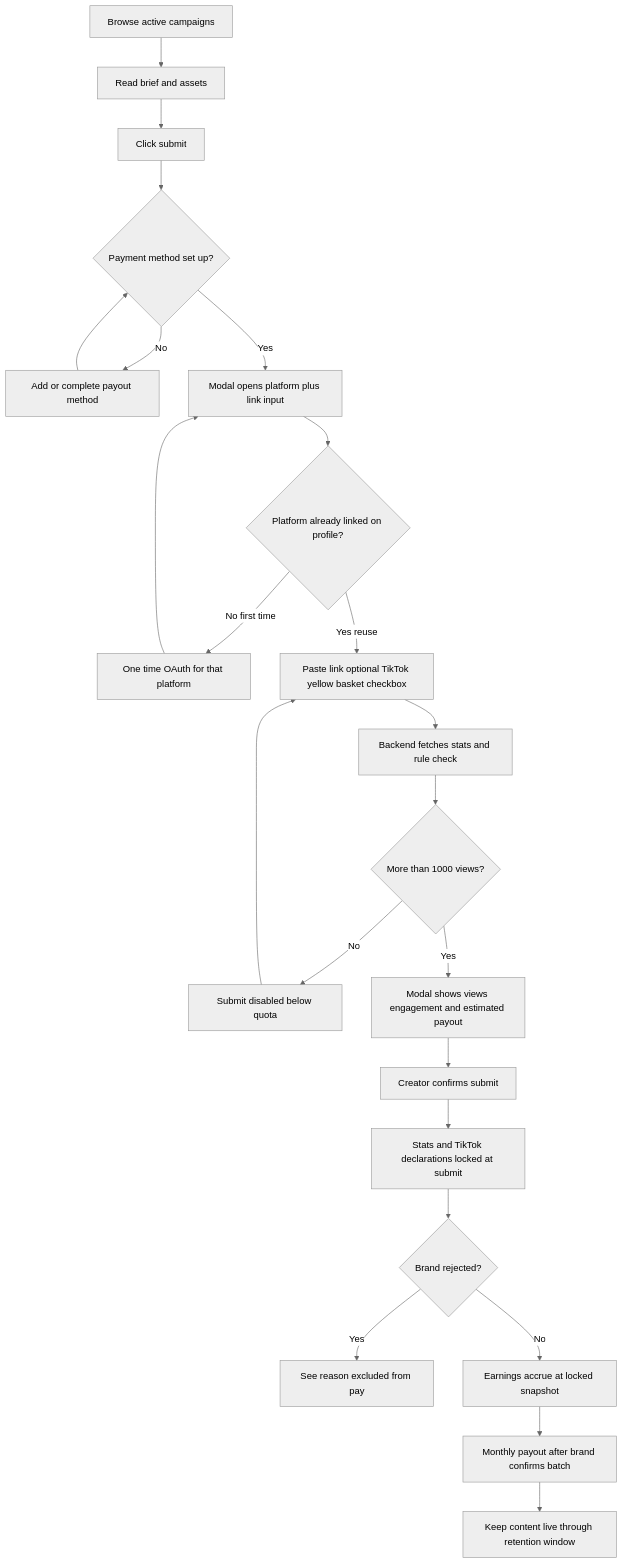
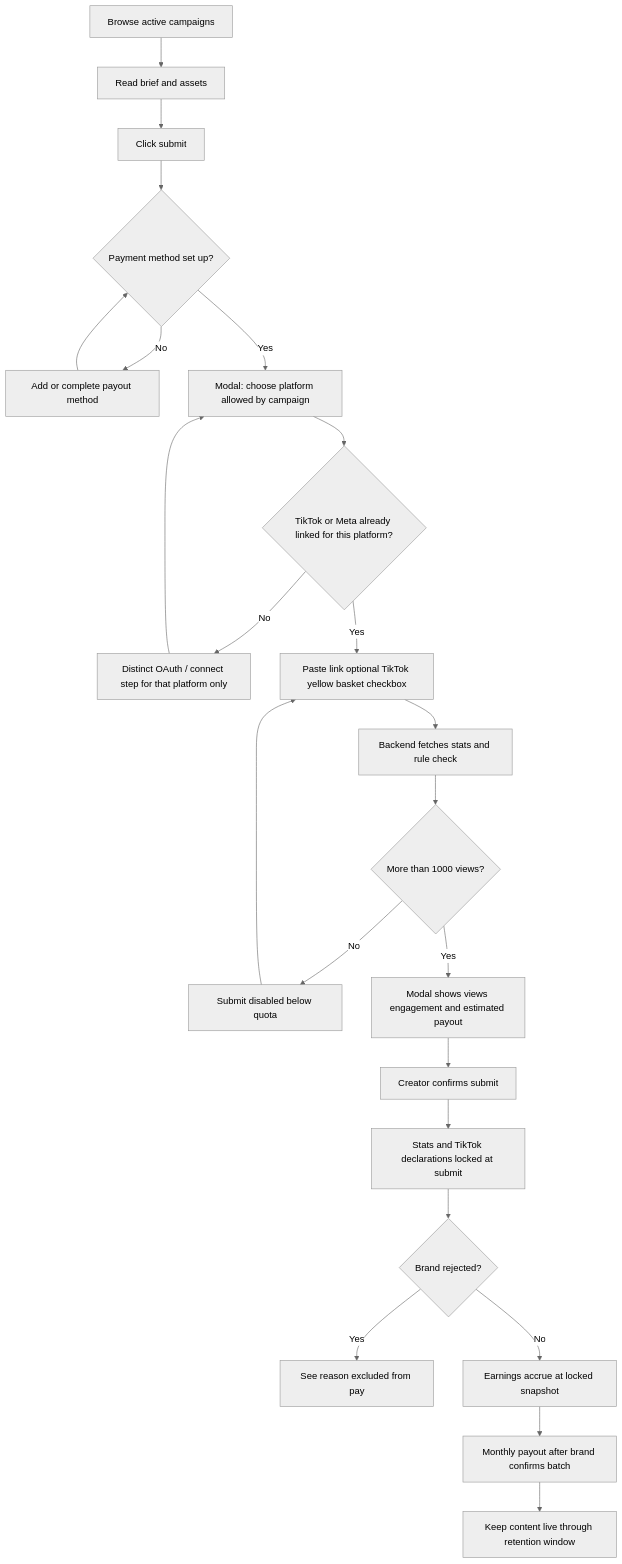
The first of 3 diagrams in docs/03-creator-flow.md (Dustin0829/LAC), drawn with Mermaid (neutral theme) before and after one commit. The commit also changed other lines of this file and 30 other files, not shown here.

````diff
--- a/docs/03-creator-flow.md
+++ b/docs/03-creator-flow.md
@@ -17,25 +19,25 @@
 ```mermaid
 flowchart TD
   A[Browse active campaigns] --> B[Read brief and assets]
   B --> C[Click submit]
   C --> pay{Payment method set up?}
   pay -->|No| setup[Add or complete payout method]
   setup --> pay
-  pay -->|Yes| M[Modal opens platform plus link input]
-  M --> need{Platform already linked on profile?}
-  need -->|No first time| Z[One time OAuth for that platform]
+  pay -->|Yes| M[Modal: choose platform allowed by campaign]
+  M --> need{TikTok or Meta already linked for this platform?}
+  need -->|No| Z[Distinct OAuth / connect step for that platform only]
   Z --> M
-  need -->|Yes reuse| paste[Paste link optional TikTok yellow basket checkbox]
+  need -->|Yes| paste[Paste link optional TikTok yellow basket checkbox]
   paste --> fetch[Backend fetches stats and rule check]
   fetch --> views{"More than 1000 views?"}
   views -->|No| below[Submit disabled below quota]
   below --> paste
   views -->|Yes| preview[Modal shows views engagement and estimated payout]
   preview --> conf[Creator confirms submit]
   conf --> lock[Stats and TikTok declarations locked at submit]
   lock --> E{Brand rejected?}
   E -->|Yes| F[See reason excluded from pay]
   E -->|No| G[Earnings accrue at locked snapshot]
   G --> H[Monthly payout after brand confirms batch]
   H --> retain[Keep content live through retention window]
 ```
````
